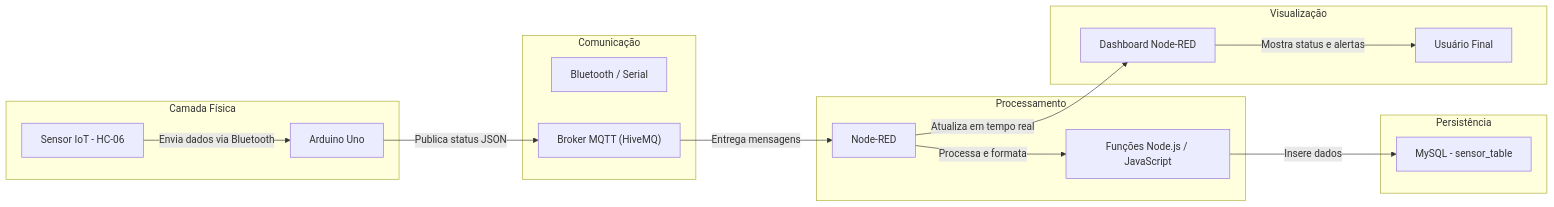
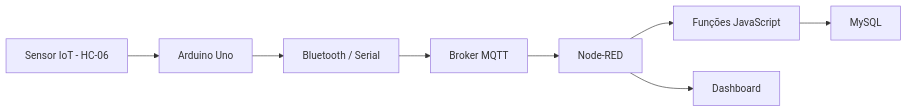
The fourth of 5 diagrams in README.md (giovannarevitoroz/sprint03-mottu-motion-iot), drawn with Mermaid before and after one commit. The commit also changed other lines of this file, not shown here.

````diff
--- a/README.md
+++ b/README.md
@@ -337,34 +336,10 @@
 ```mermaid
 graph LR
-    subgraph "Camada Física"
-        S1["Sensor IoT - HC-06"]
-        S2["Arduino Uno"]
-    end
-
-    subgraph "Comunicação"
-        BT["Bluetooth / Serial"]
-        MQTT["Broker MQTT (HiveMQ)"]
-    end
-
-    subgraph "Processamento"
-        NR["Node-RED"]
-        FN["Funções Node.js / JavaScript"]
-    end
-
-    subgraph "Persistência"
-        DB["MySQL - sensor_table"]
-    end
-
-    subgraph "Visualização"
-        DASH["Dashboard Node-RED"]
-        USR["Usuário Final"]
-    end
-
-    S1 -->|Envia dados via Bluetooth| S2
-    S2 -->|Publica status JSON| MQTT
-    MQTT -->|Entrega mensagens| NR
-    NR -->|Processa e formata| FN
-    FN -->|Insere dados| DB
-    NR -->|Atualiza em tempo real| DASH
-    DASH -->|Mostra status e alertas| USR
+    S1["Sensor IoT - HC-06"] --> S2["Arduino Uno"]
+    S2 --> BT["Bluetooth / Serial"]
+    BT --> MQTT["Broker MQTT"]
+    MQTT --> NR["Node-RED"]
+    NR --> FN["Funções JavaScript"]
+    FN --> DB["MySQL"]
+    NR --> DASH["Dashboard"]
 ```
````
